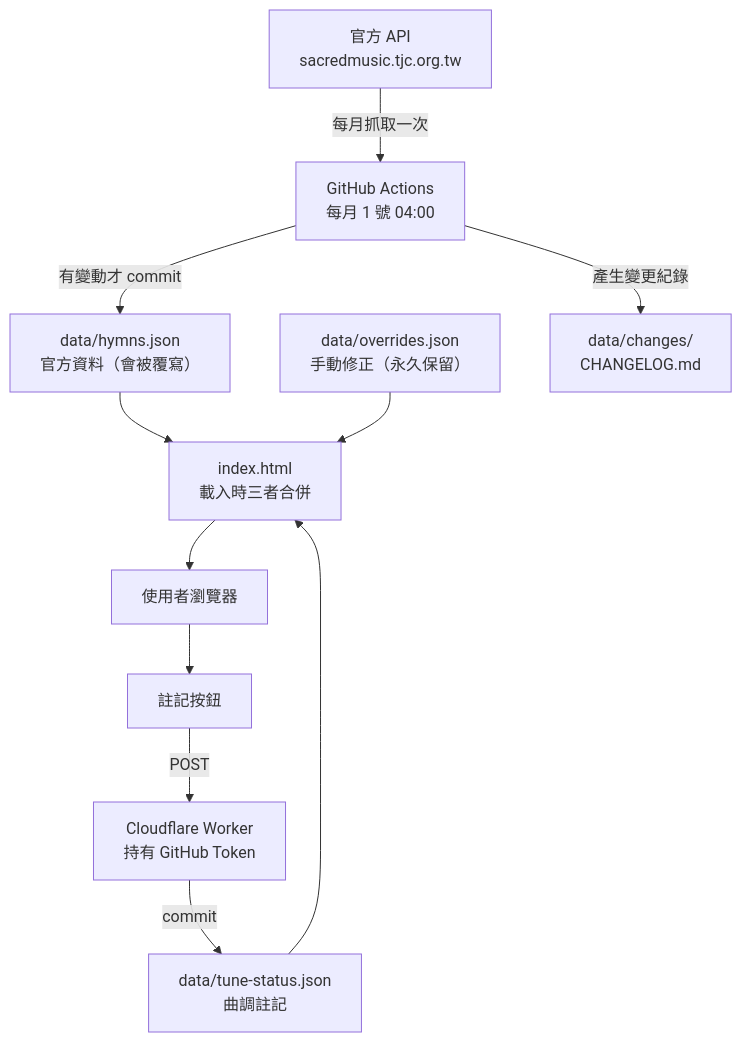
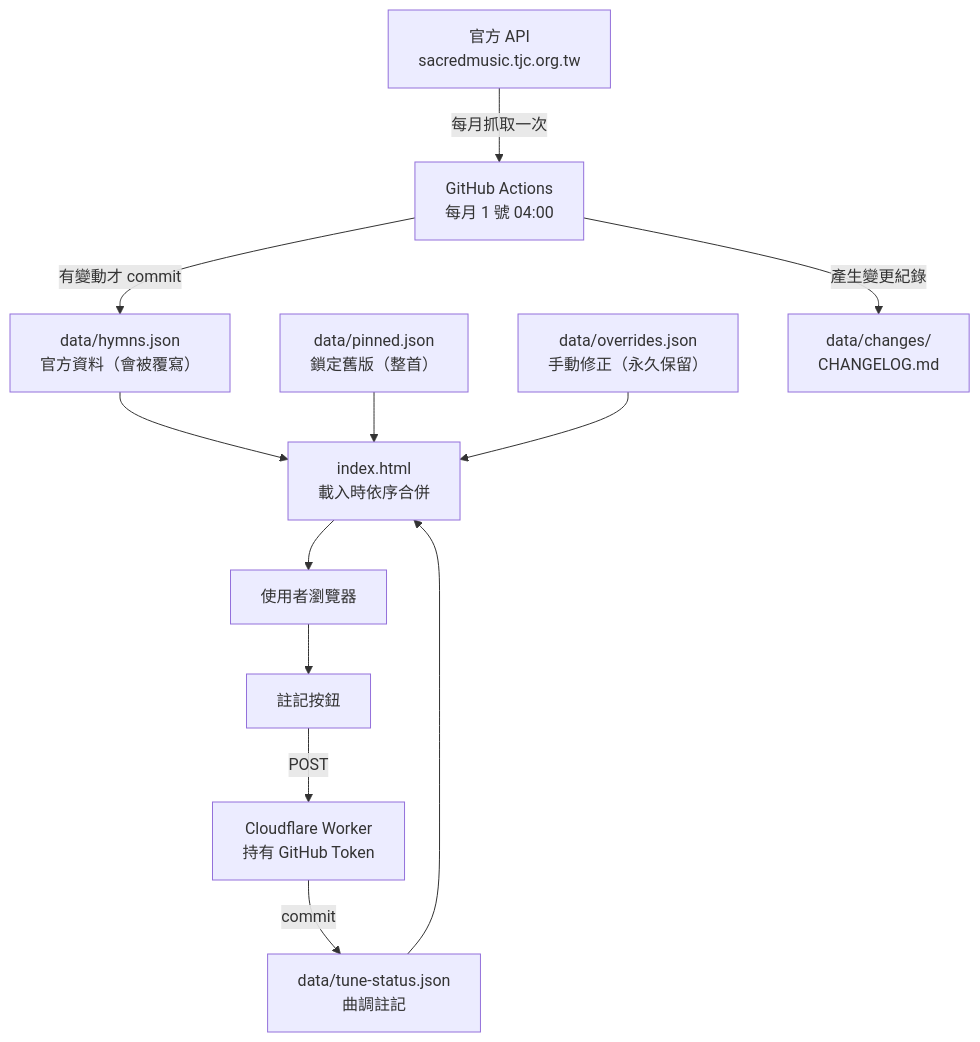
The diagram in README.md (TJC-KM/hymns), drawn with Mermaid before and after one commit. The commit also changed other lines of this file and 2 other files, not shown here.

````diff
--- a/README.md
+++ b/README.md
@@ -107,23 +107,25 @@
 ```mermaid
 flowchart TD
     API["官方 API<br/>sacredmusic.tjc.org.tw"]
     WF["GitHub Actions<br/>每月 1 號 04:00"]
     HJ["data/hymns.json<br/>官方資料（會被覆寫）"]
+    PN["data/pinned.json<br/>鎖定舊版（整首）"]
     OV["data/overrides.json<br/>手動修正（永久保留）"]
     TS["data/tune-status.json<br/>曲調註記"]
-    WEB["index.html<br/>載入時三者合併"]
+    WEB["index.html<br/>載入時依序合併"]
     USER["使用者瀏覽器"]
     BTN["註記按鈕"]
     CF["Cloudflare Worker<br/>持有 GitHub Token"]
 
     API -->|每月抓取一次| WF
     WF -->|有變動才 commit| HJ
     WF -->|產生變更紀錄| CHG["data/changes/<br/>CHANGELOG.md"]
     HJ --> WEB
+    PN --> WEB
     OV --> WEB
     TS --> WEB
     WEB --> USER
     USER --> BTN
     BTN -->|POST| CF
     CF -->|commit| TS
 ```
````
